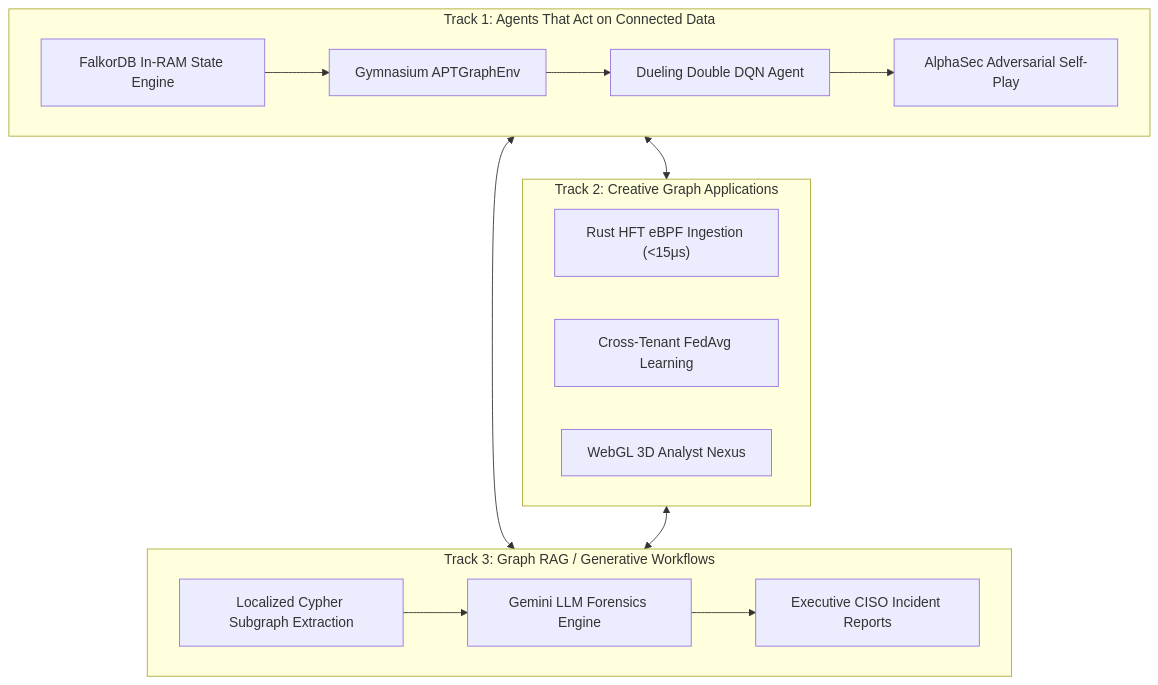
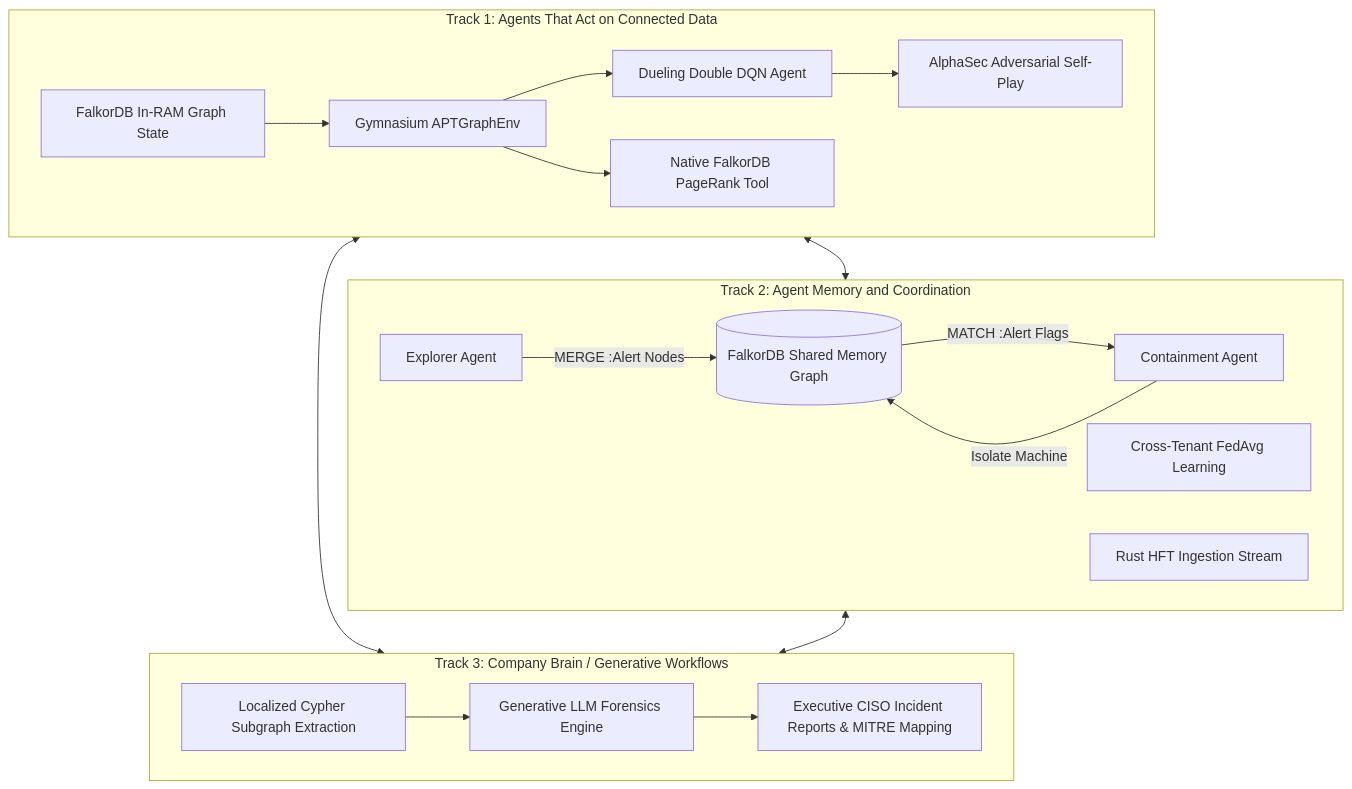
Before and after one commit to HarshSarnaik/NEO_FRONTIER: the first of 2 diagrams in README.md, drawn with Mermaid. The commit also changed other lines of this file and 18 other files, not shown here.

````diff
--- a/README.md
+++ b/README.md
@@ -43,23 +53,26 @@
 ```mermaid
 flowchart TD
     subgraph Track1["Track 1: Agents That Act on Connected Data"]
-        T1_A["FalkorDB In-RAM State Engine"] --> T1_B["Gymnasium APTGraphEnv"]
+        T1_A["FalkorDB In-RAM Graph State"] --> T1_B["Gymnasium APTGraphEnv"]
         T1_B --> T1_C["Dueling Double DQN Agent"]
-        T1_C --> T1_D["AlphaSec Adversarial Self-Play"]
+        T1_B --> T1_D["Native FalkorDB PageRank Tool"]
+        T1_C --> T1_E["AlphaSec Adversarial Self-Play"]
     end
 
-    subgraph Track2["Track 2: Creative Graph Applications"]
-        T2_A["Rust HFT eBPF Ingestion (<15μs)"]
-        T2_B["Cross-Tenant FedAvg Learning"]
-        T2_C["WebGL 3D Analyst Nexus"]
+    subgraph Track2["Track 2: Agent Memory and Coordination"]
+        T2_A["Explorer Agent"] -->|MERGE :Alert Nodes| T2_B[("FalkorDB Shared Memory Graph")]
+        T2_B -->|MATCH :Alert Flags| T2_C["Containment Agent"]
+        T2_C -->|Isolate Machine| T2_B
+        T2_D["Cross-Tenant FedAvg Learning"]
+        T2_E["Rust HFT Ingestion Stream"]
     end
 
-    subgraph Track3["Track 3: Graph RAG / Generative Workflows"]
-        T3_A["Localized Cypher Subgraph Extraction"] --> T3_B["Gemini LLM Forensics Engine"]
-        T3_B --> T3_C["Executive CISO Incident Reports"]
+    subgraph Track3["Track 3: Company Brain / Generative Workflows"]
+        T3_A["Localized Cypher Subgraph Extraction"] --> T3_B["Generative LLM Forensics Engine"]
+        T3_B --> T3_C["Executive CISO Incident Reports & MITRE Mapping"]
     end
 
     Track1 <--> Track2
     Track1 <--> Track3
     Track2 <--> Track3
 ```
````
